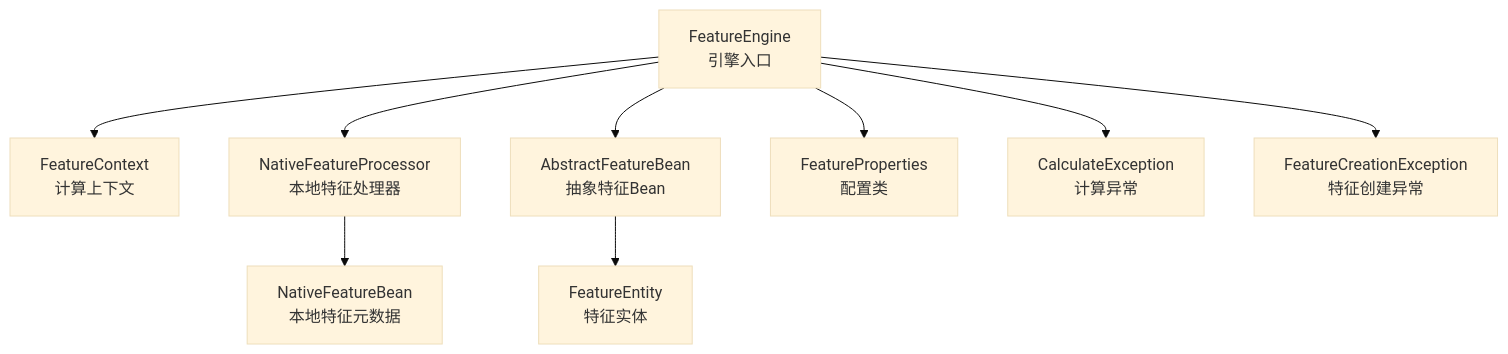
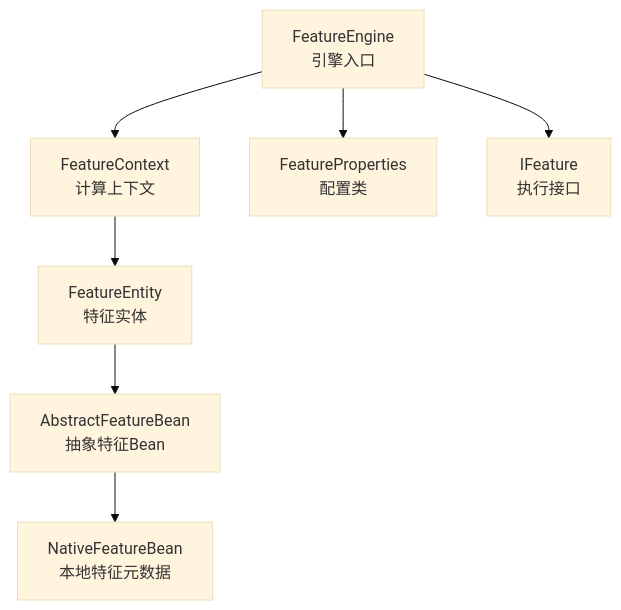
The first of 3 diagrams in .qoder/repowiki/zh/content/API参考/API参考.md (txzhanghuan/feature), drawn with Mermaid (base theme) before and after one commit. The commit also changed other lines of this file and 48 other files, not shown here.

````diff
--- a/.qoder/repowiki/zh/content/API参考/API参考.md
+++ b/.qoder/repowiki/zh/content/API参考/API参考.md
@@ -47,11 +43,9 @@
 ```mermaid
 graph TB
 FE["FeatureEngine<br/>引擎入口"] --> FCtx["FeatureContext<br/>计算上下文"]
-FE --> NFP["NativeFeatureProcessor<br/>本地特征处理器"]
-NFP --> NFB["NativeFeatureBean<br/>本地特征元数据"]
-FE --> FEB["AbstractFeatureBean<br/>抽象特征Bean"]
-FEB --> FB["FeatureEntity<br/>特征实体"]
 FE --> FP["FeatureProperties<br/>配置类"]
-FE --> CE["CalculateException<br/>计算异常"]
-FE --> FCE["FeatureCreationException<br/>特征创建异常"]
+FCtx --> FEty["FeatureEntity<br/>特征实体"]
+FEty --> AFB["AbstractFeatureBean<br/>抽象特征Bean"]
+AFB --> NFB["NativeFeatureBean<br/>本地特征元数据"]
+FE --> IFT["IFeature<br/>执行接口"]
 ```
````
